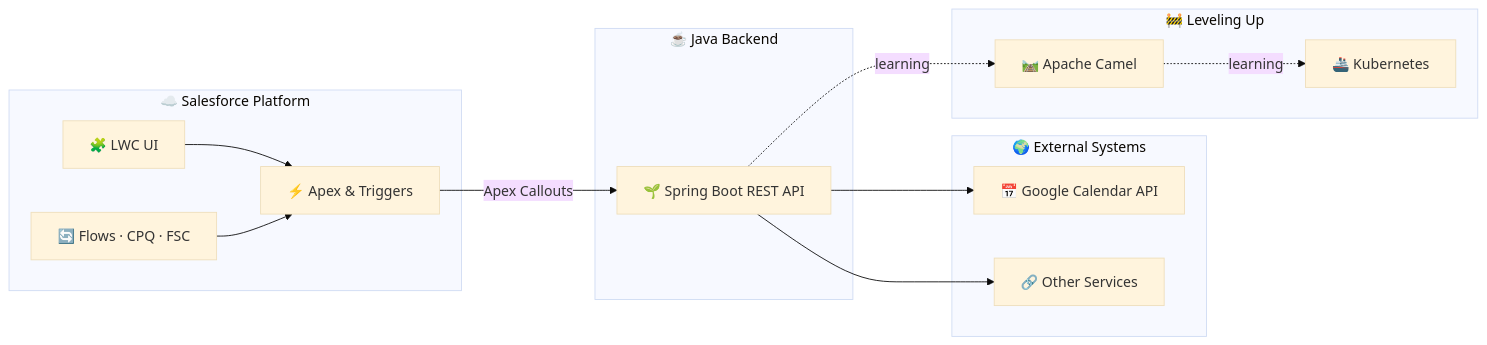
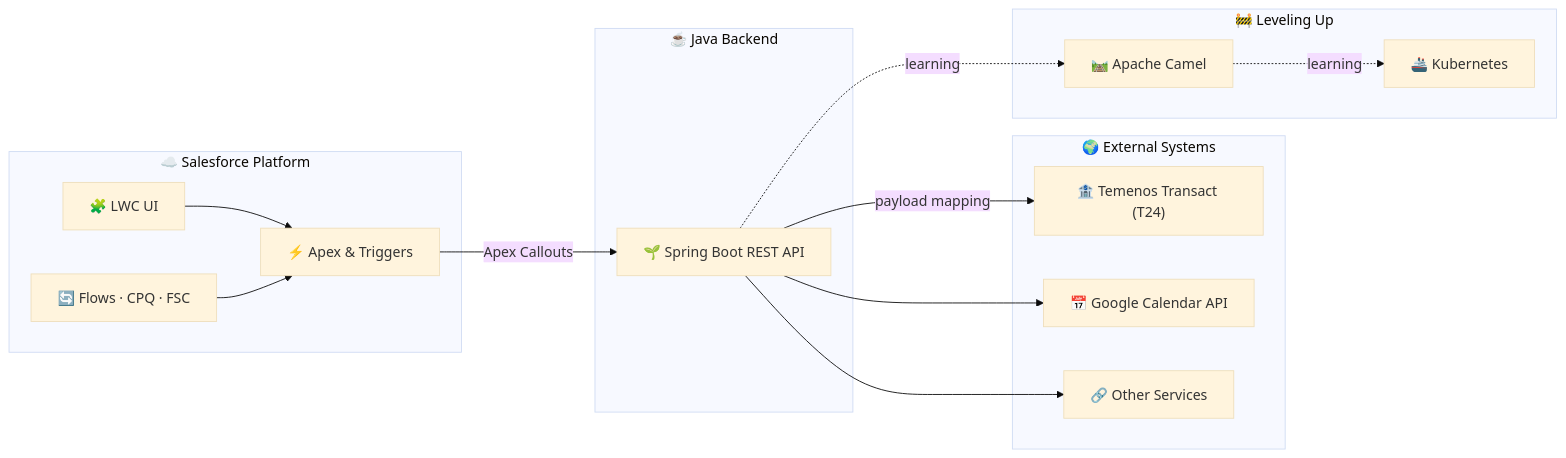
One commit to aditya17-09/aditya17-09 changed the second of 2 diagrams in README.md. Above: the diagram before and after it, drawn with Mermaid (base theme). The commit also changed other lines of this file, not shown here.

````diff
--- a/README.md
+++ b/README.md
@@ -142,30 +160,32 @@
 ```mermaid
 flowchart LR
     subgraph SF["☁️ Salesforce Platform"]
         L["🧩 LWC UI"]
         F["🔄 Flows · CPQ · FSC"]
         A["⚡ Apex & Triggers"]
     end
 
     subgraph JB["☕ Java Backend"]
         S["🌱 Spring Boot REST API"]
     end
 
     subgraph EXT["🌍 External Systems"]
+        T["🏦 Temenos Transact (T24)"]
         G["📅 Google Calendar API"]
         O["🔗 Other Services"]
     end
 
     subgraph NEXT["🚧 Leveling Up"]
         C["🛤️ Apache Camel"]
         K["🚢 Kubernetes"]
     end
 
     L --> A
     F --> A
     A -- "Apex Callouts" --> S
+    S -- "payload mapping" --> T
     S --> G
     S --> O
     S -.->|learning| C
     C -.->|learning| K
 ```
````
